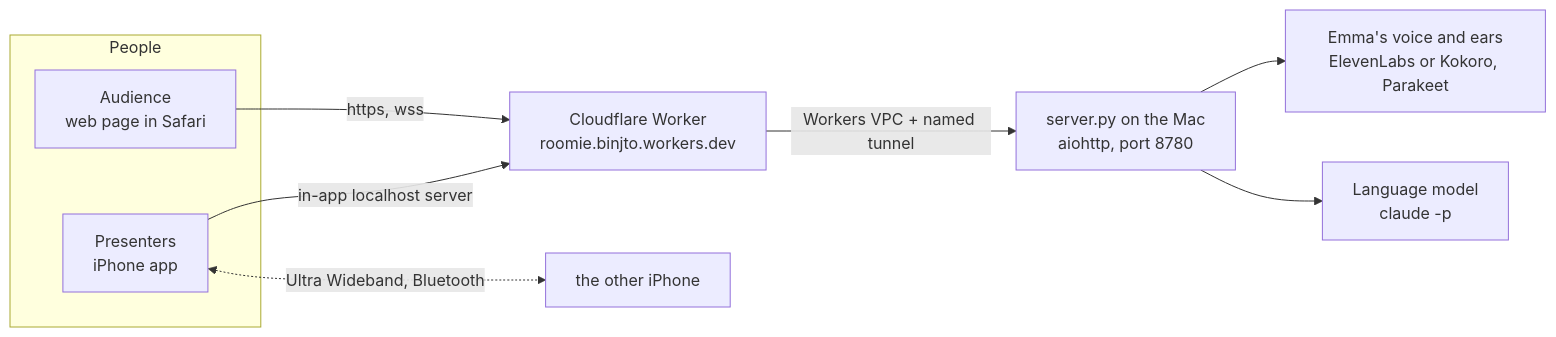
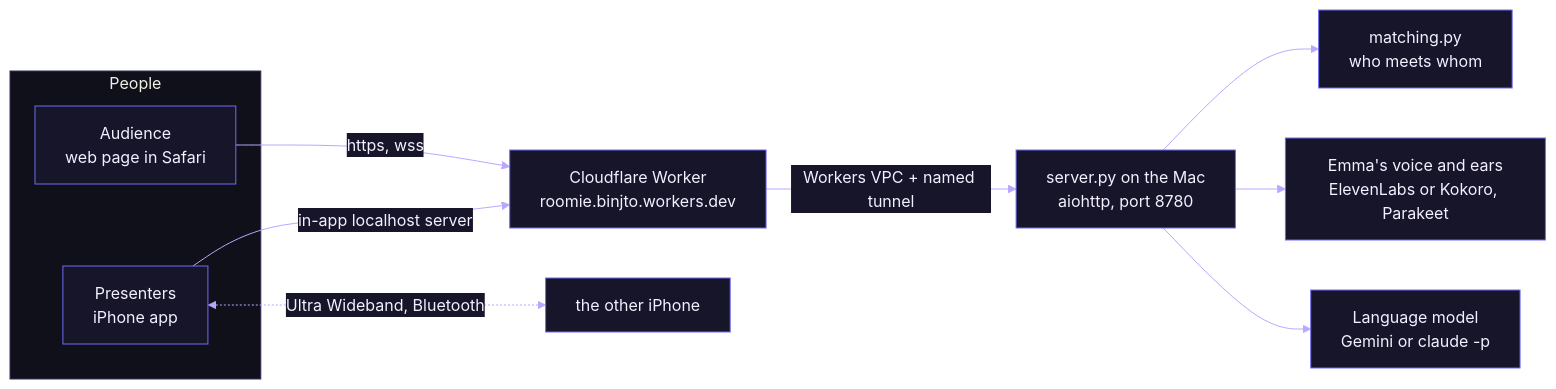
The diagram in README.md (xgre1/pairshake), drawn with Mermaid before and after one commit. The commit also changed other lines of this file and 4 other files, not shown here.

Commit message:
README: pairup, with Emma's hands, an animated flow, one real introduction and the five ways to pair

````diff
--- a/README.md
+++ b/README.md
@@ -9,13 +65,15 @@
 ```mermaid
+%%{init: {"theme": "base", "themeVariables": {"primaryColor": "#16152A", "primaryTextColor": "#F4F0FF", "primaryBorderColor": "#6E6BF2", "lineColor": "#B9A7FF", "secondaryColor": "#16152A", "tertiaryColor": "#10101A", "clusterBkg": "#10101A", "clusterBorder": "#34305A", "edgeLabelBackground": "#16152A"}}}%%
 flowchart LR
   subgraph People
     W["Audience<br/>web page in Safari"]
     A["Presenters<br/>iPhone app"]
   end
   W -- "https, wss" --> CF["Cloudflare Worker<br/>roomie.binjto.workers.dev"]
   A -- "in-app localhost server" --> CF
   CF -- "Workers VPC + named tunnel" --> S["server.py on the Mac<br/>aiohttp, port 8780"]
+  S --> M["matching.py<br/>who meets whom"]
   S --> V["Emma's voice and ears<br/>ElevenLabs or Kokoro, Parakeet"]
-  S --> L["Language model<br/>claude -p"]
+  S --> L["Language model<br/>Gemini or claude -p"]
   A <-. "Ultra Wideband, Bluetooth" .-> A2["the other iPhone"]
 ```
````
